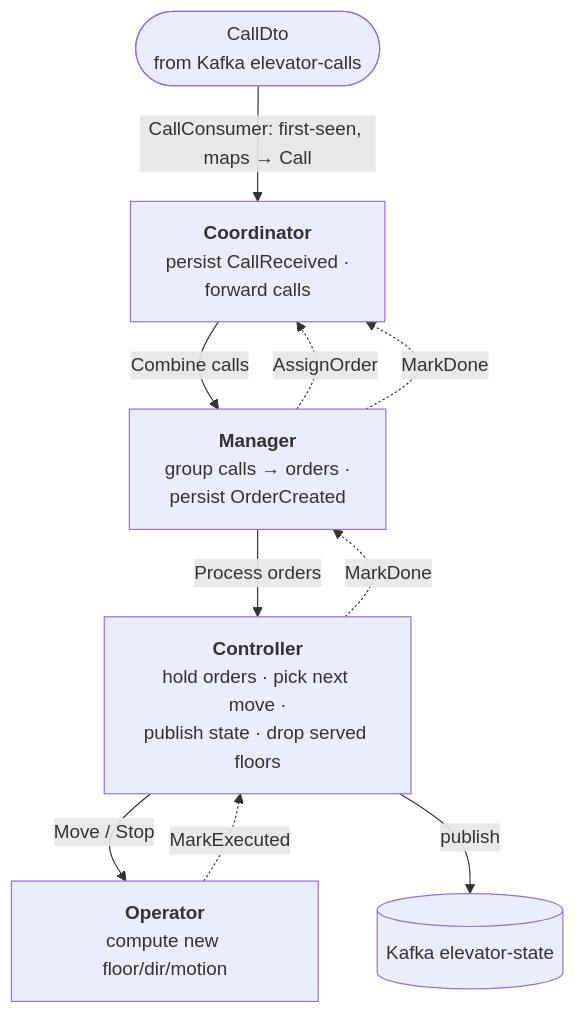
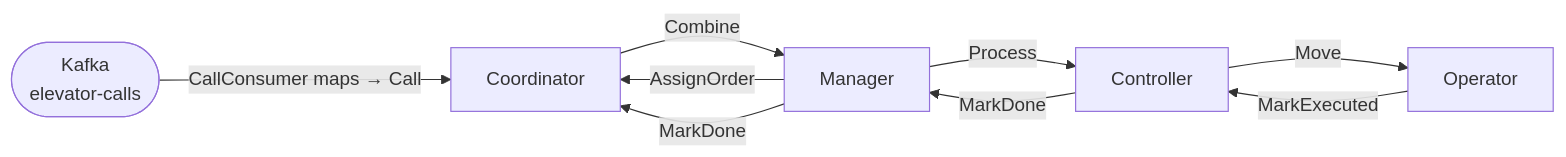
One commit to TwistedLady/elevator-system changed the second of 2 diagrams in docs/actors.md. Above: the diagram before and after it, drawn with Mermaid. The commit also changed other lines of this file and 1 other file, not shown here.

First line of the commit message:
docs: make actors + actor-contract diagram-first (Mermaid)

````diff
--- a/docs/actors.md
+++ b/docs/actors.md
@@ -17,20 +46,11 @@
 ```mermaid
-flowchart TD
-  call(["CallDto<br/>from Kafka elevator-calls"]) -->|CallConsumer: first-seen, maps → Call| coord
-
-  coord["<b>Coordinator</b><br/>persist CallReceived ·<br/>forward calls"]
-  coord -->|Combine calls| mgr
-
-  mgr["<b>Manager</b><br/>group calls → orders ·<br/>persist OrderCreated"]
-  mgr -.->|AssignOrder| coord
-  mgr -->|Process orders| ctrl
-
-  ctrl["<b>Controller</b><br/>hold orders · pick next move ·<br/>publish state · drop served floors"]
-  ctrl -->|Move / Stop| op
-  ctrl -->|publish| out[("Kafka elevator-state")]
-  ctrl -.->|MarkDone| mgr
-  mgr -.->|MarkDone| coord
-
-  op["<b>Operator</b><br/>compute new floor/dir/motion"]
-  op -.->|MarkExecuted| ctrl
+flowchart LR
+    K(["Kafka<br/>elevator-calls"]) -->|CallConsumer maps → Call| Co
+    Co["Coordinator"] -->|Combine| Mg["Manager"]
+    Mg -->|AssignOrder| Co
+    Mg -->|Process| Ct["Controller"]
+    Ct -->|Move| Op["Operator"]
+    Op -->|MarkExecuted| Ct
+    Ct -->|MarkDone| Mg
+    Mg -->|MarkDone| Co
 ```
````
